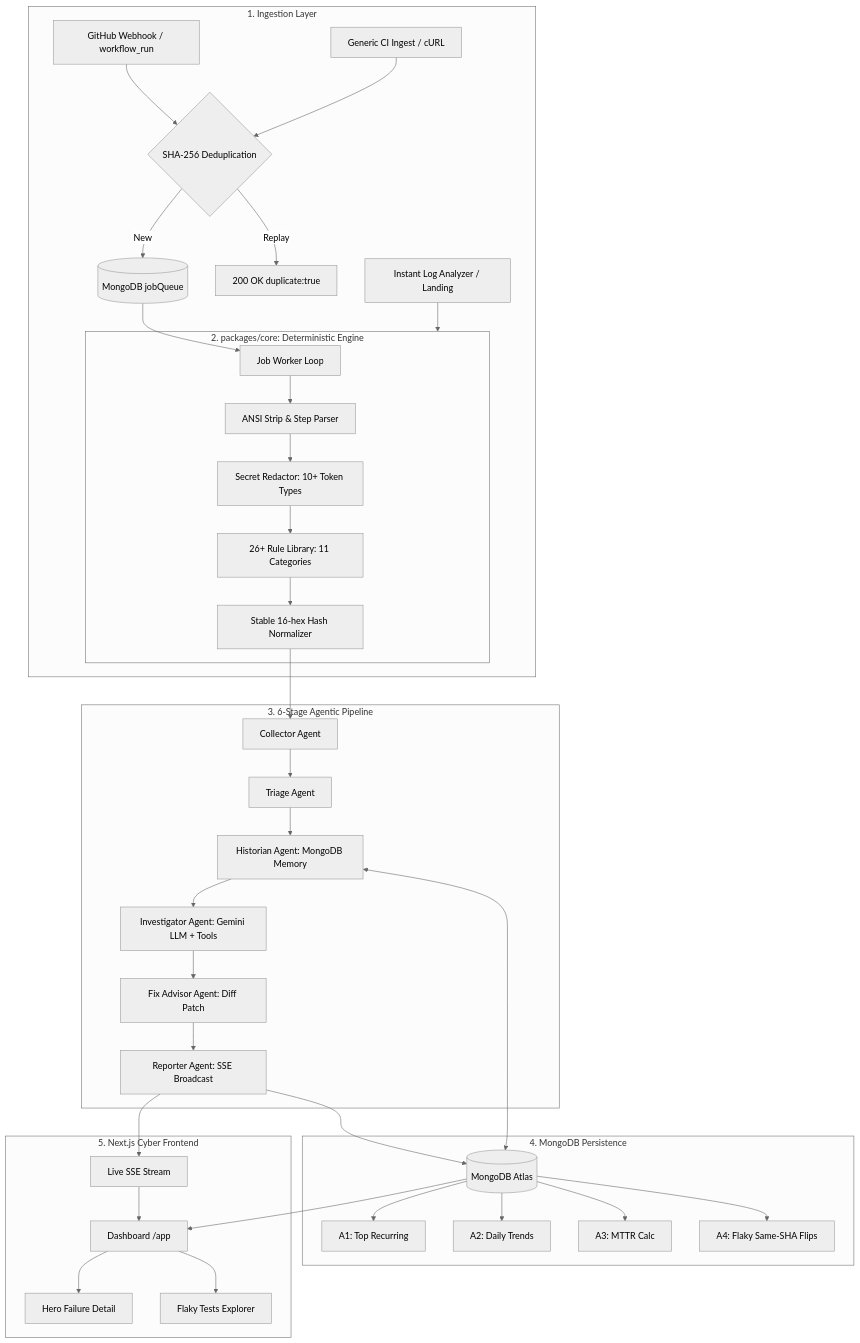
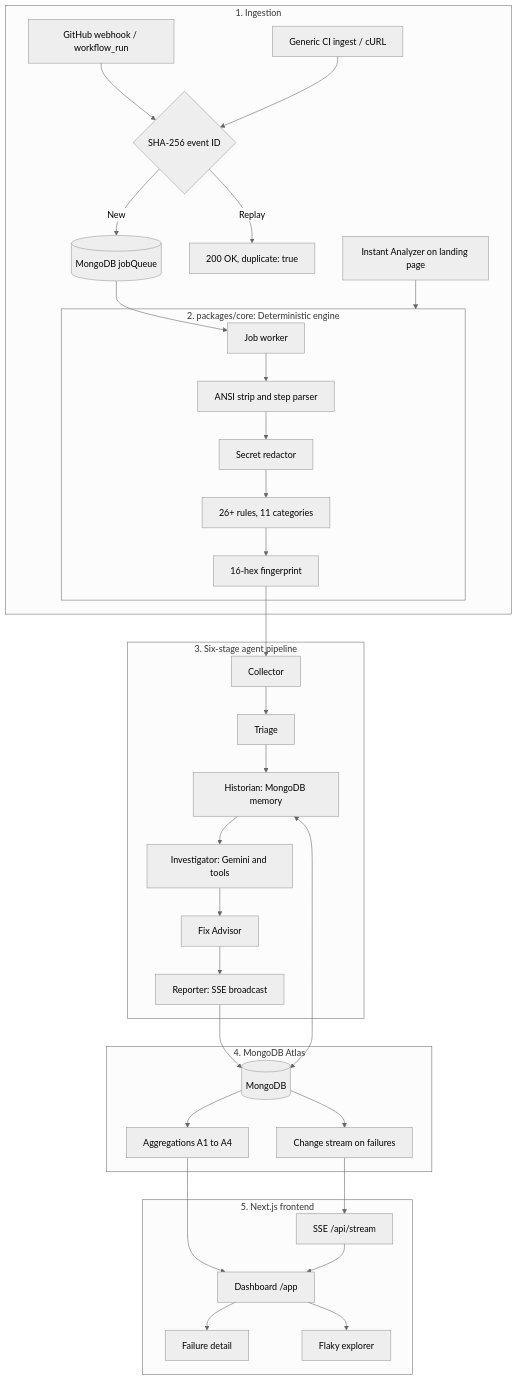
One commit to Komeka71/Uncharted changed the diagram in README.md. Above: the diagram before and after it, drawn with Mermaid (neutral theme). The commit also changed other lines of this file and 16 other files, not shown here.

````diff
--- a/README.md
+++ b/README.md
@@ -16,44 +92,42 @@
 ```mermaid
 flowchart TD
-    subgraph Ingestion["1. Ingestion Layer"]
-        GH[GitHub Webhook / workflow_run] --> Dedupe{SHA-256 Deduplication}
-        Generic[Generic CI Ingest / cURL] --> Dedupe
-        Paste[Instant Log Analyzer / Landing] --> Core
-        Dedupe -- Replay --> DupRet[200 OK duplicate:true]
+    subgraph Ingestion["1. Ingestion"]
+        GH[GitHub webhook / workflow_run] --> Dedupe{SHA-256 event ID}
+        Generic[Generic CI ingest / cURL] --> Dedupe
+        Paste[Instant Analyzer on landing page] --> Core
+        Dedupe -- Replay --> DupRet[200 OK, duplicate: true]
         Dedupe -- New --> Queue[(MongoDB jobQueue)]
     end
 
-    subgraph Core["2. packages/core: Deterministic Engine"]
-        Queue --> Worker[Job Worker Loop]
-        Worker --> Cleaner[ANSI Strip & Step Parser]
-        Cleaner --> Redact[Secret Redactor: 10+ Token Types]
-        Redact --> Rules[26+ Rule Library: 11 Categories]
-        Rules --> Fingerprint[Stable 16-hex Hash Normalizer]
+    subgraph Core["2. packages/core: Deterministic engine"]
+        Queue --> Worker[Job worker]
+        Worker --> Cleaner[ANSI strip and step parser]
+        Cleaner --> Redact[Secret redactor]
+        Redact --> Rules[26+ rules, 11 categories]
+        Rules --> Fingerprint[16-hex fingerprint]
     end
 
-    subgraph Agentic["3. 6-Stage Agentic Pipeline"]
-        Fingerprint --> Collector[Collector Agent]
-        Collector --> Triage[Triage Agent]
-        Triage --> Historian[Historian Agent: MongoDB Memory]
-        Historian --> Investigator[Investigator Agent: Gemini LLM + Tools]
-        Investigator --> Advisor[Fix Advisor Agent: Diff Patch]
-        Advisor --> Reporter[Reporter Agent: SSE Broadcast]
+    subgraph Agentic["3. Six-stage agent pipeline"]
+        Fingerprint --> Collector
+        Collector --> Triage
+        Triage --> Historian[Historian: MongoDB memory]
+        Historian --> Investigator[Investigator: Gemini and tools]
+        Investigator --> Advisor[Fix Advisor]
+        Advisor --> Reporter[Reporter: SSE broadcast]
     end
 
-    subgraph Data["4. MongoDB Persistence"]
-        Reporter --> DB[(MongoDB Atlas)]
+    subgraph Data["4. MongoDB Atlas"]
+        Reporter --> DB[(MongoDB)]
         Historian <--> DB
-        DB --> AggA1[A1: Top Recurring]
-        DB --> AggA2[A2: Daily Trends]
-        DB --> AggA3[A3: MTTR Calc]
-        DB --> AggA4[A4: Flaky Same-SHA Flips]
+        DB --> Aggs[Aggregations A1 to A4]
+        DB --> CS[Change stream on failures]
     end
 
-    subgraph Presentation["5. Next.js Cyber Frontend"]
-        DB --> Dash[Dashboard /app]
-        Reporter --> SSEStream[Live SSE Stream]
-        SSEStream --> Dash
-        Dash --> Detail[Hero Failure Detail]
-        Dash --> Flaky[Flaky Tests Explorer]
+    subgraph Web["5. Next.js frontend"]
+        Aggs --> Dash[Dashboard /app]
+        CS --> SSE[SSE /api/stream]
+        SSE --> Dash
+        Dash --> Detail[Failure detail]
+        Dash --> Flaky[Flaky explorer]
     end
 ```
````
